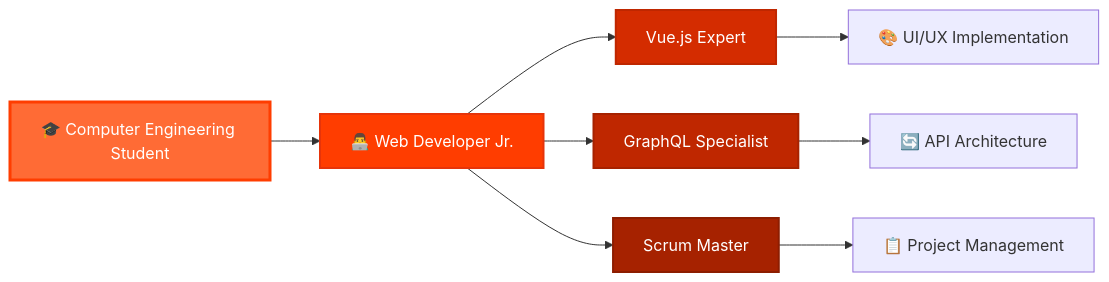
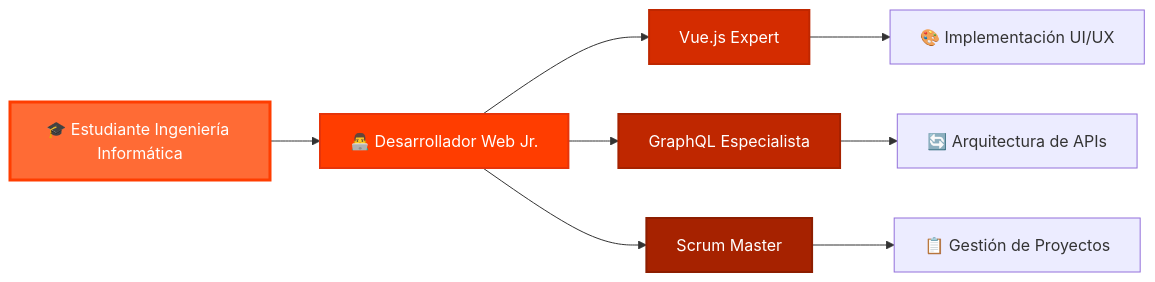
The diagram in README.md (NachoOFC/nachoOFC), drawn with Mermaid before and after one commit. The commit also changed other lines of this file, not shown here.

````diff
--- a/README.md
+++ b/README.md
@@ -111,16 +110,16 @@
 ```mermaid
 graph LR
-    A[🎓 Computer Engineering Student] --> B[👨‍💻 Web Developer Jr.]
+    A[🎓 Estudiante Ingeniería Informática] --> B[👨‍💻 Desarrollador Web Jr.]
     B --> C[Vue.js Expert]
-    B --> D[GraphQL Specialist]
+    B --> D[GraphQL Especialista]
     B --> E[Scrum Master]
-    C --> F[🎨 UI/UX Implementation]
-    D --> G[🔄 API Architecture]
-    E --> H[📋 Project Management]
+    C --> F[🎨 Implementación UI/UX]
+    D --> G[🔄 Arquitectura de APIs]
+    E --> H[📋 Gestión de Proyectos]
     
     style A fill:#ff6b35,stroke:#ff3d00,stroke-width:3px,color:#fff
     style B fill:#ff3d00,stroke:#e6340a,stroke-width:2px,color:#fff
     style C fill:#d42c00,stroke:#bf2700,stroke-width:2px,color:#fff
     style D fill:#bf2700,stroke:#a62200,stroke-width:2px,color:#fff
     style E fill:#a62200,stroke:#8d1d00,stroke-width:2px,color:#fff
 ```
````
